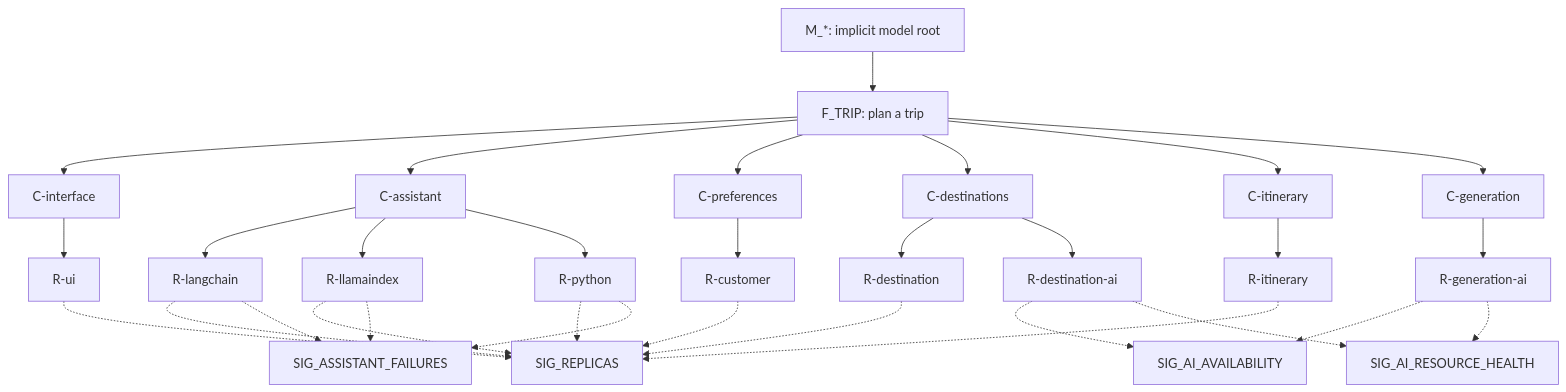
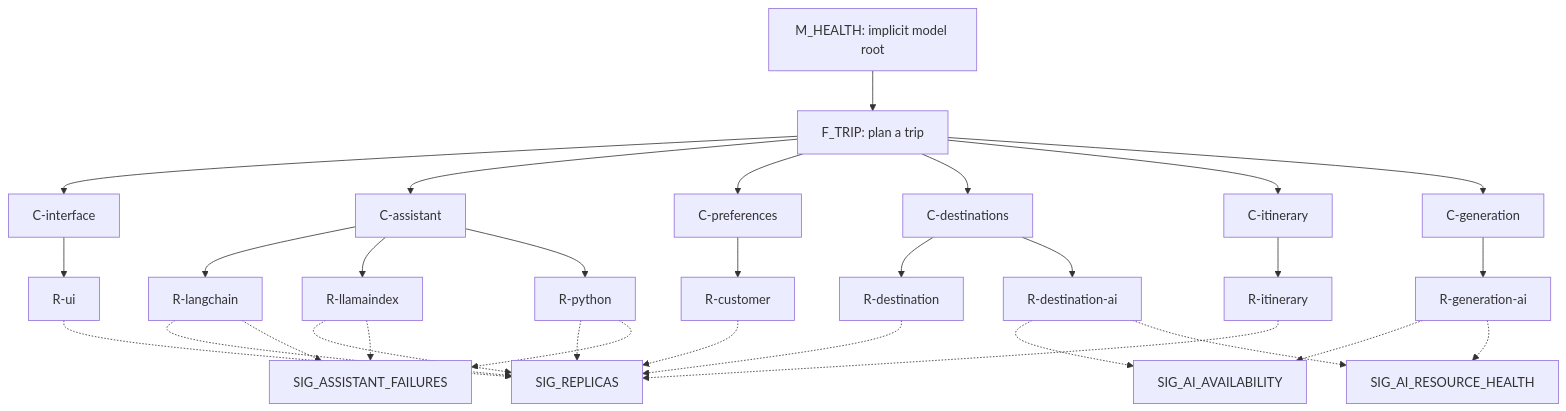
Before and after one commit to abossard/azure-ai-travel-agents: the diagram in docs/healthmodel/modelspec.md, drawn with Mermaid. The commit also changed other lines of this file and 6 other files, not shown here.

````diff
--- a/docs/healthmodel/modelspec.md
+++ b/docs/healthmodel/modelspec.md
@@ -32,36 +48,36 @@
 ```mermaid
 flowchart TB
-    M_ROOT["M_*: implicit model root"]
+    M_ROOT["M_HEALTH: implicit model root"]
     F_TRIP["F_TRIP: plan a trip"]
     C_UI["C-interface"]
     C_API["C-assistant"]
     C_PREF["C-preferences"]
     C_DEST["C-destinations"]
     C_PLAN["C-itinerary"]
     C_AI["C-generation"]
     R_UI["R-ui"]
     R_LC["R-langchain"]
     R_LI["R-llamaindex"]
     R_PY["R-python"]
     R_PREF["R-customer"]
     R_DEST["R-destination"]
     R_DESTAI["R-destination-ai"]
     R_PLAN["R-itinerary"]
     R_AI["R-generation-ai"]
     SIG_REPLICAS["SIG_REPLICAS"]
     SIG_AI["SIG_AI_AVAILABILITY"]
     SIG_RESOURCE_HEALTH["SIG_AI_RESOURCE_HEALTH"]
     SIG_LOG["SIG_ASSISTANT_FAILURES"]
     M_ROOT --> F_TRIP
     F_TRIP --> C_UI & C_API & C_PREF & C_DEST & C_PLAN & C_AI
     C_UI --> R_UI
     C_API --> R_LC & R_LI & R_PY
     C_PREF --> R_PREF
     C_DEST --> R_DEST & R_DESTAI
     C_PLAN --> R_PLAN
     C_AI --> R_AI
     R_UI & R_LC & R_LI & R_PY & R_PREF & R_DEST & R_PLAN -.-> SIG_REPLICAS
     R_AI & R_DESTAI -.-> SIG_AI
     R_AI & R_DESTAI -.-> SIG_RESOURCE_HEALTH
     R_LC & R_LI & R_PY -.-> SIG_LOG
 ```
````
